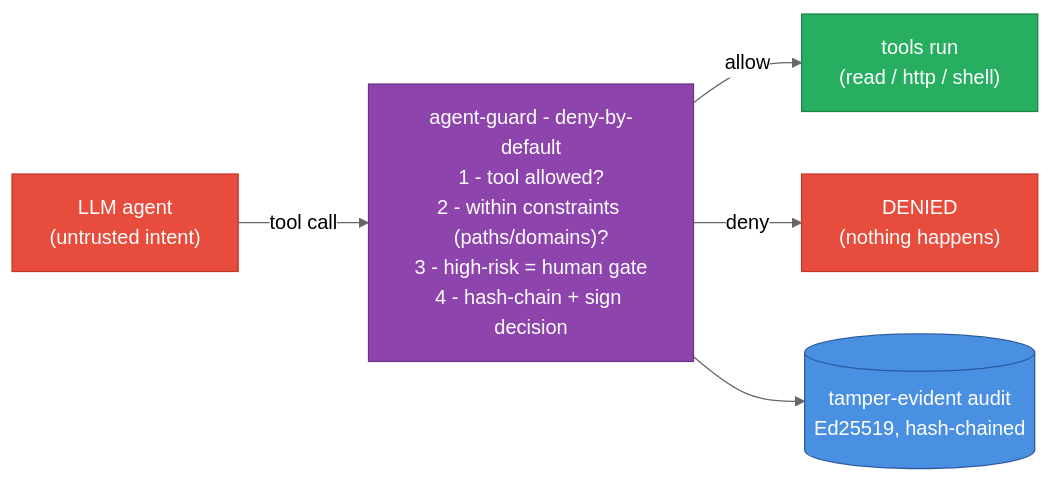
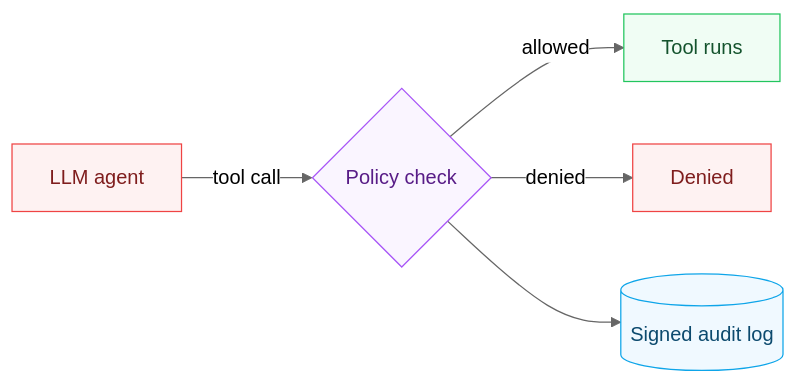
Before and after one commit to parag-labs/agent-guard: the diagram in README.md, drawn with Mermaid (neutral theme). The commit also changed other lines of this file, not shown here.

Commit message:
Simplify the README diagram: short labels, softer palette

````diff
--- a/README.md
+++ b/README.md
@@ -20,16 +19,17 @@
 ```mermaid
 flowchart LR
-  classDef proc fill:#4a90e2,stroke:#2c5aa0,color:#fff
-  classDef good fill:#27ae60,stroke:#1e8449,color:#fff
-  classDef bad fill:#e74c3c,stroke:#c0392b,color:#fff
-  classDef work fill:#8e44ad,stroke:#6c3483,color:#fff
-  AGENT["LLM agent<br/>(untrusted intent)"]:::bad
-  GUARD["agent-guard - deny-by-default<br/>1 - tool allowed?<br/>2 - within constraints (paths/domains)?<br/>3 - high-risk = human gate<br/>4 - hash-chain + sign decision"]:::work
-  ALLOW["tools run<br/>(read / http / shell)"]:::good
-  DENY["DENIED<br/>(nothing happens)"]:::bad
-  AUDIT[("tamper-evident audit<br/>Ed25519, hash-chained")]:::proc
+  classDef proc fill:#eff6ff,stroke:#3b82f6,color:#1e3a8a
+  classDef good fill:#f0fdf4,stroke:#22c55e,color:#14532d
+  classDef bad fill:#fef2f2,stroke:#ef4444,color:#7f1d1d
+  classDef work fill:#faf5ff,stroke:#a855f7,color:#581c87
+  classDef store fill:#f0f9ff,stroke:#0ea5e9,color:#0c4a6e
+  AGENT["LLM agent"]:::bad
+  GUARD{"Policy check"}:::work
+  ALLOW["Tool runs"]:::good
+  DENY["Denied"]:::bad
+  AUDIT[("Signed audit log")]:::store
   AGENT -->|tool call| GUARD
-  GUARD -->|allow| ALLOW
-  GUARD -->|deny| DENY
+  GUARD -->|allowed| ALLOW
+  GUARD -->|denied| DENY
   GUARD --> AUDIT
 ```
````
